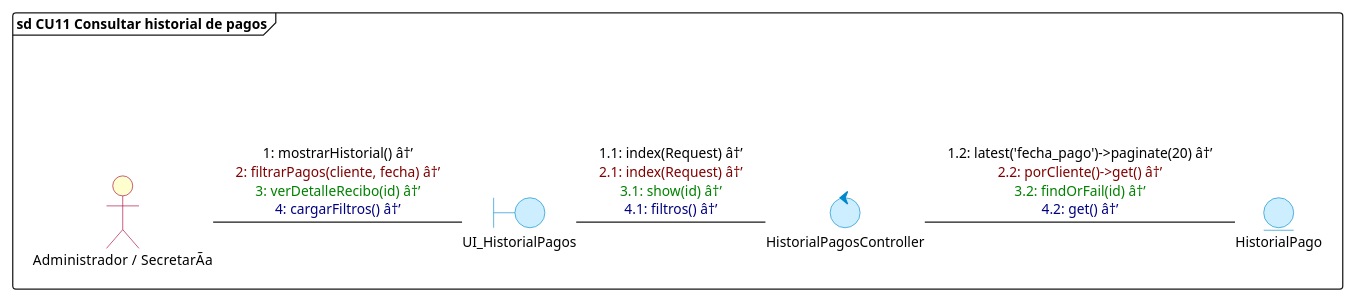
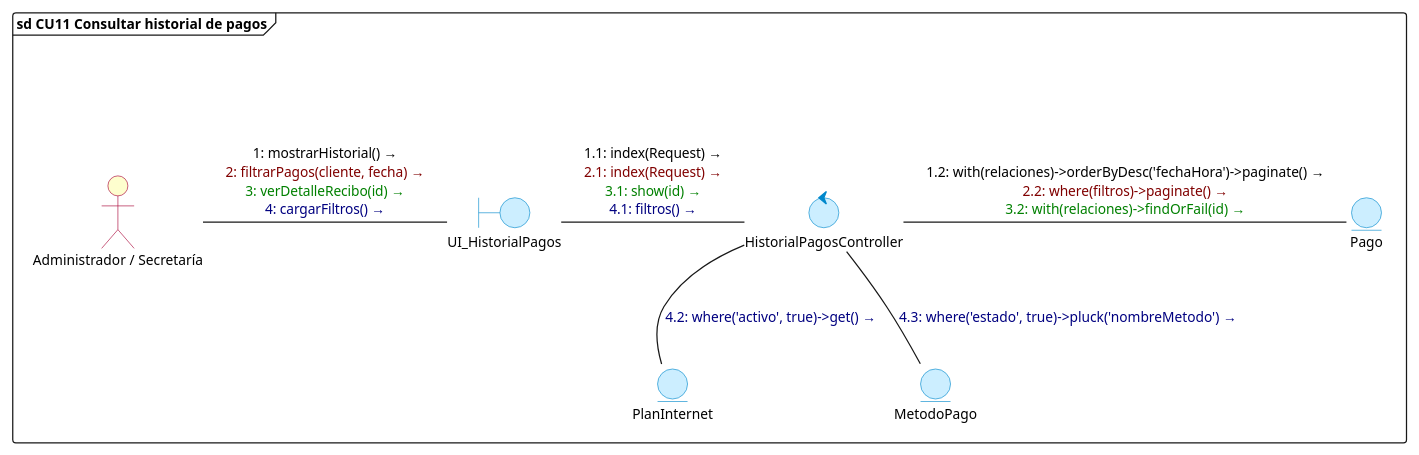
Diagram 11 of 17 in diagramas/comunicacion/diagramas_comunicacion_todos_cu.puml (DiogoMars777/TELCOM-2.0), drawn with PlantUML before and after one commit. The commit also changed other lines of this file and 16 other files, not shown here.

Commit message:
docs: actualizar diagramas de comunicacion CU01 al CU17 con modelos y tablas canonicas de BD

```diff
--- a/diagramas/comunicacion/diagramas_comunicacion_todos_cu.puml
+++ b/diagramas/comunicacion/diagramas_comunicacion_todos_cu.puml
@@ -335,31 +360,37 @@
 @startuml cu11_consultar_historial_pagos
 skinparam backgroundColor white
 skinparam defaultFontName "Segoe UI"
 skinparam defaultFontSize 11
 skinparam interfaceBackgroundColor transparent
 skinparam interfaceBorderColor transparent
 skinparam actorBackgroundColor #FEFECE
 skinparam actorBorderColor #A80036
 skinparam boundaryBackgroundColor #CCEEFF
 skinparam boundaryBorderColor #0088CC
 skinparam controlBackgroundColor #CCEEFF
 skinparam controlBorderColor #0088CC
 skinparam entityBackgroundColor #CCEEFF
 skinparam entityBorderColor #0088CC
 
 frame "sd CU11 Consultar historial de pagos" {
     () " " as spacer
-    actor "Administrador / SecretarÃ­a" as Admin
+    actor "Administrador / Secretaría" as Admin
     boundary UI_HistorialPagos
     control HistorialPagosController
-    entity HistorialPago
+    entity Pago
+    entity PlanInternet
+    entity MetodoPago
 
     spacer -[hidden]down- Admin
 
-    Admin -right- UI_HistorialPagos : <font color=#000000>1: mostrarHistorial() â†’</font>\n<font color=#800000>2: filtrarPagos(cliente, fecha) â†’</font>\n<font color=#008000>3: verDetalleRecibo(id) â†’</font>\n<font color=#000080>4: cargarFiltros() â†’</font>
+    Admin -right- UI_HistorialPagos : <font color=#000000>1: mostrarHistorial() →</font>\n<font color=#800000>2: filtrarPagos(cliente, fecha) →</font>\n<font color=#008000>3: verDetalleRecibo(id) →</font>\n<font color=#000080>4: cargarFiltros() →</font>
 
-    UI_HistorialPagos -right- HistorialPagosController : <font color=#000000>1.1: index(Request) â†’</font>\n<font color=#800000>2.1: index(Request) â†’</font>\n<font color=#008000>3.1: show(id) â†’</font>\n<font color=#000080>4.1: filtros() â†’</font>
+    UI_HistorialPagos -right- HistorialPagosController : <font color=#000000>1.1: index(Request) →</font>\n<font color=#800000>2.1: index(Request) →</font>\n<font color=#008000>3.1: show(id) →</font>\n<font color=#000080>4.1: filtros() →</font>
 
-    HistorialPagosController -right- HistorialPago : <font color=#000000>1.2: latest('fecha_pago')->paginate(20) â†’</font>\n<font color=#800000>2.2: porCliente()->get() â†’</font>\n<font color=#008000>3.2: findOrFail(id) â†’</font>\n<font color=#000080>4.2: get() â†’</font>
+    HistorialPagosController -right- Pago : <font color=#000000>1.2: with(relaciones)->orderByDesc('fechaHora')->paginate() →</font>\n<font color=#800000>2.2: where(filtros)->paginate() →</font>\n<font color=#008000>3.2: with(relaciones)->findOrFail(id) →</font>
+
+    HistorialPagosController -down- PlanInternet : <font color=#000080>4.2: where('activo', true)->get() →</font>
+
+    HistorialPagosController -down- MetodoPago : <font color=#000080>4.3: where('estado', true)->pluck('nombreMetodo') →</font>
 }
 @enduml
```
